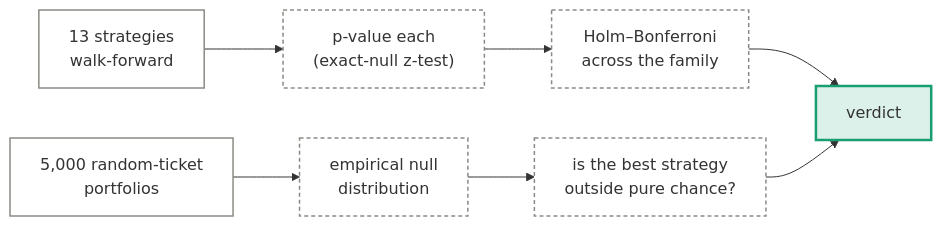
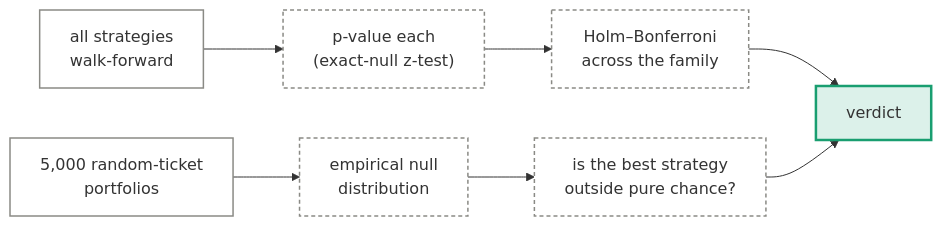
The third of 3 diagrams in docs/evaluation.md (Timorleiderman/ILotto), drawn with Mermaid before and after one commit. The commit also changed other lines of this file and 10 other files, not shown here.

````diff
--- a/docs/evaluation.md
+++ b/docs/evaluation.md
@@ -119,19 +119,19 @@
 ```mermaid
 flowchart LR
-  S["13 strategies<br/>walk-forward"] --> P["p-value each<br/>(exact-null z-test)"]
+  S["all strategies<br/>walk-forward"] --> P["p-value each<br/>(exact-null z-test)"]
   P --> H["Holm–Bonferroni<br/>across the family"]
   S2["5,000 random-ticket<br/>portfolios"] --> MC["empirical null<br/>distribution"]
   MC --> CMP["is the best strategy<br/>outside pure chance?"]
   H --> V["verdict"]
   CMP --> V
 
   class S,S2 data
   class P,MC,H op
   class CMP op
   class V out
   classDef data fill:none,stroke:#8a8a85,stroke-width:1.5px
   classDef learn fill:#2a78d626,stroke:#2a78d6,stroke-width:2px
   classDef op fill:none,stroke:#8a8a85,stroke-width:1.5px,stroke-dasharray:4 3
   classDef out fill:#199e7026,stroke:#199e70,stroke-width:2.5px
   classDef flaw fill:#e3494826,stroke:#e34948,stroke-width:3px
 ```
````
